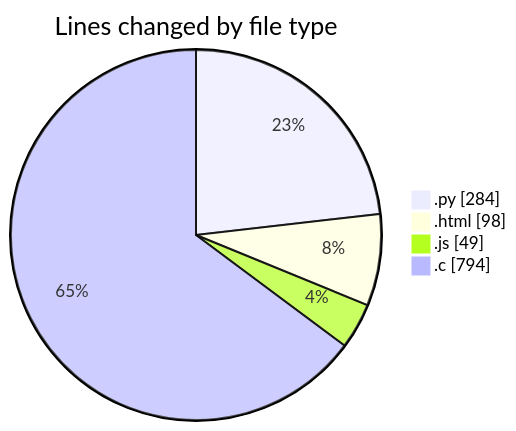
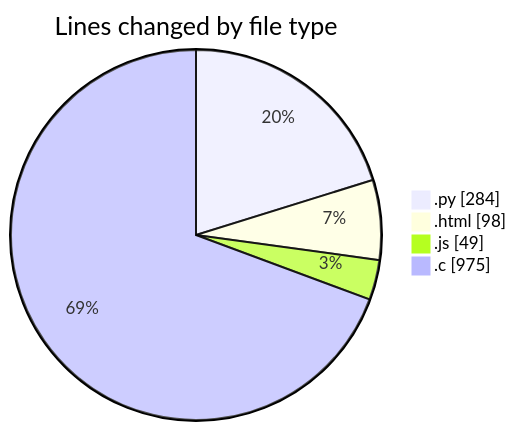
One commit to Ritupan-Deka/code-tracking changed the first of 2 diagrams in 2025-01-21/projects/README.md. Above: the diagram before and after it, drawn with Mermaid. The commit also changed other lines of this file and 1 other file, not shown here.

````diff
--- a/2025-01-21/projects/README.md
+++ b/2025-01-21/projects/README.md
@@ -31,8 +31,8 @@
 ```mermaid
 pie showData
 title Lines changed by file type
 ".py" : 284
 ".html" : 98
 ".js" : 49
-".c" : 794
+".c" : 975
 ```
````
